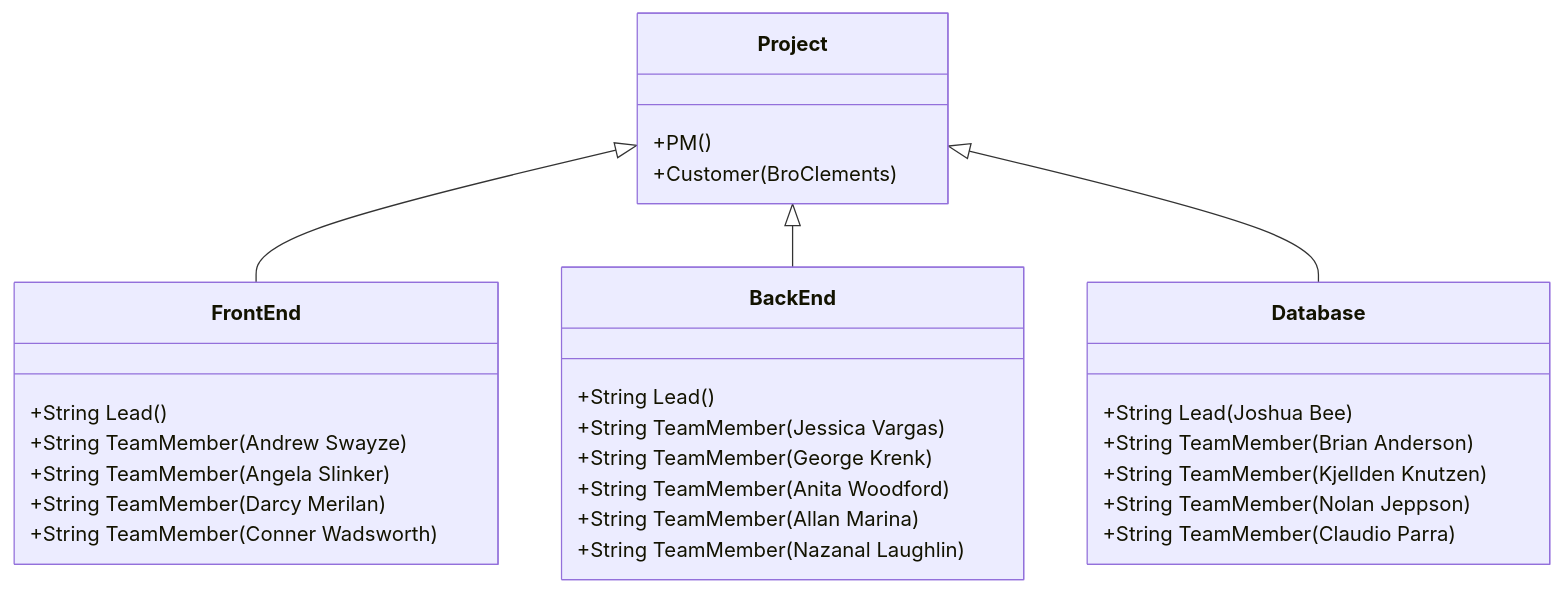
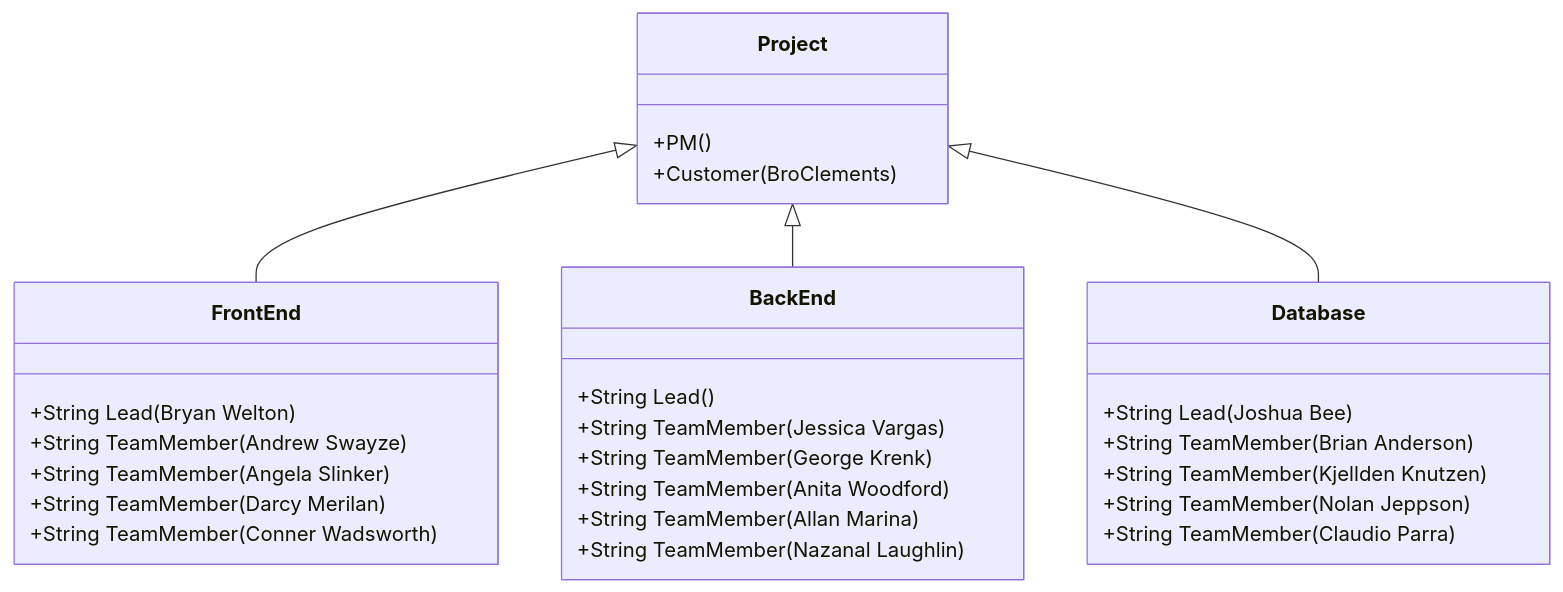
One commit to byui-cse397/2024WinCSE490PCP changed the second of 2 diagrams in ProjectManagement/OrganizationChart/OrganizationChart.md. Above: the diagram before and after it, drawn with Mermaid.

Commit message:
Update OrganizationChart.md
Signed up for a spot in the organization chart

````diff
--- a/ProjectManagement/OrganizationChart/OrganizationChart.md
+++ b/ProjectManagement/OrganizationChart/OrganizationChart.md
@@ -32,30 +32,30 @@
 ```mermaid
 classDiagram
       Project <|-- FrontEnd
       Project <|-- BackEnd
       Project <|-- Database
       Project : +PM()
       Project : +Customer(BroClements)
       class FrontEnd{
-          +String Lead()
+          +String Lead(Bryan Welton)
           +String TeamMember(Andrew Swayze)
           +String TeamMember(Angela Slinker)
           +String TeamMember(Darcy Merilan)
           +String TeamMember(Conner Wadsworth)
       }
       class BackEnd{
           +String Lead()
           +String TeamMember(Jessica Vargas)
           +String TeamMember(George Krenk)
           +String TeamMember(Anita Woodford)
           +String TeamMember(Allan Marina)
           +String TeamMember(Nazanal Laughlin)
       }
       class Database{
           +String Lead(Joshua Bee)
           +String TeamMember(Brian Anderson)
           +String TeamMember(Kjellden Knutzen)
           +String TeamMember(Nolan Jeppson)
           +String TeamMember(Claudio Parra)
       }
 ```
````
